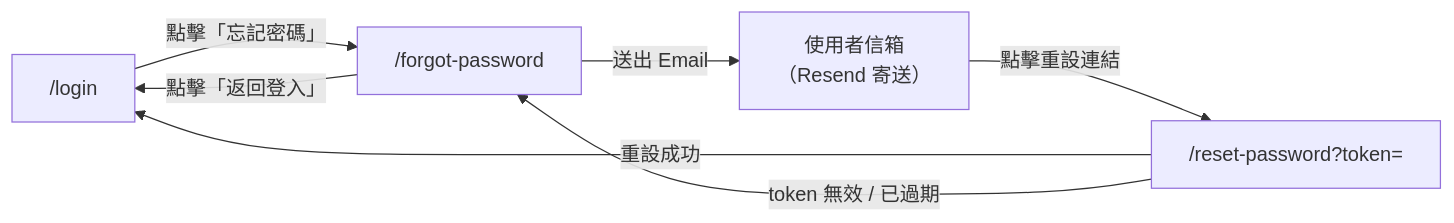
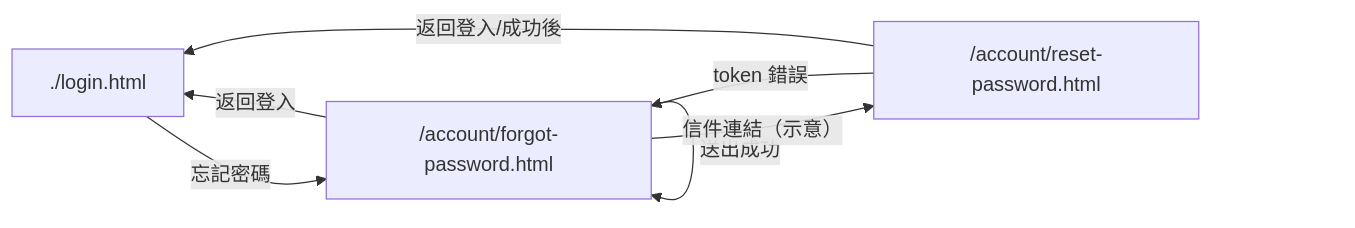
Before and after one commit to singyichen/label-suite: the second of 2 diagrams in specs/account/004-forgot-reset-password/spec.md, drawn with Mermaid. The commit also changed other lines of this file and 4 other files, not shown here.

````diff
--- a/specs/account/004-forgot-reset-password/spec.md
+++ b/specs/account/004-forgot-reset-password/spec.md
@@ -115,14 +169,13 @@
 ```mermaid
 flowchart LR
-    login["/login"]
-    forgot["/forgot-password"]
-    email["使用者信箱\n（Resend 寄送）"]
-    reset["/reset-password?token="]
+    login["./login.html"]
+    forgot["/account/forgot-password.html"]
+    reset["/account/reset-password.html"]
 
-    login  -->|"點擊「忘記密碼」"| forgot
-    forgot -->|"送出 Email"| email
-    email  -->|"點擊重設連結"| reset
-    reset  -->|"重設成功"| login
-    reset  -->|"token 無效 / 已過期"| forgot
-    forgot -->|"點擊「返回登入」"| login
+    login -->|忘記密碼| forgot
+    forgot -->|送出成功| forgot
+    forgot -->|返回登入| login
+    forgot -->|信件連結（示意）| reset
+    reset -->|token 錯誤| forgot
+    reset -->|返回登入/成功後| login
 ```
````
